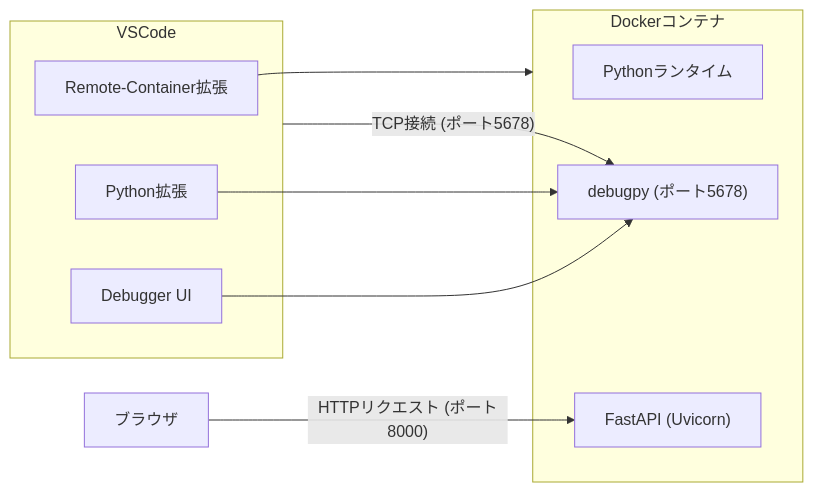
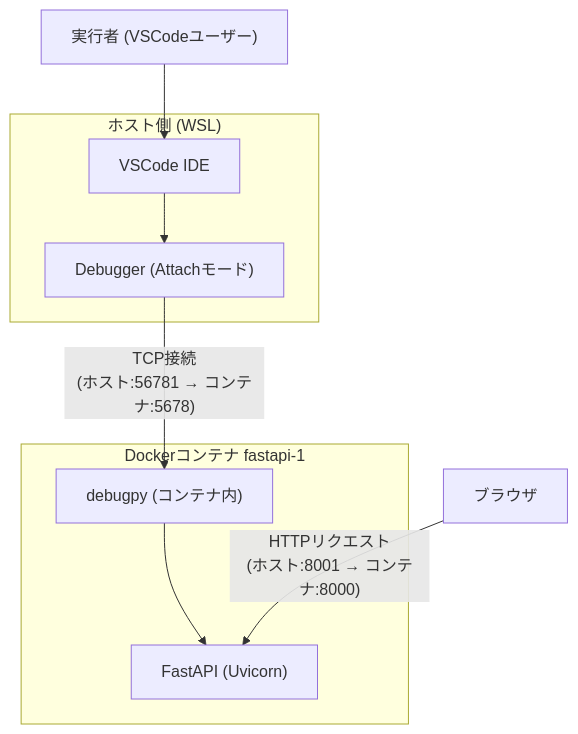
One commit to techtech-Fossa/fastapi_debug changed the diagram in README.md. Above: the diagram before and after it, drawn with Mermaid. The commit also changed other lines of this file and 27 other files, not shown here.

````diff
--- a/README.md
+++ b/README.md
@@ -112,21 +147,22 @@
 ```mermaid
 
-flowchart LR
-    subgraph VSCode
-        RC["Remote-Container拡張"]
-        PY["Python拡張"]
-        DBG["Debugger UI"]
+flowchart TD
+    Actor["実行者 (VSCodeユーザー)"] --> VSCode["VSCode IDE"]
+    VSCode --> DBG["Debugger (Attachモード)"]
+    DBG -->|"TCP接続<br>(ホスト:56781 → コンテナ:5678)"| DP["debugpy (コンテナ内)"]
+    DP --> FA["FastAPI (Uvicorn)"]
+
+    Browser["ブラウザ"] -->|"HTTPリクエスト<br>(ホスト:8001 → コンテナ:8000)"| FA
+
+    subgraph "ホスト側 (WSL)"
+        VSCode
+        DBG
     end
 
-    subgraph Dockerコンテナ
-        PYRT["Pythonランタイム"]
-        FA["FastAPI (Uvicorn)"]
-        DP["debugpy (ポート5678)"]
+    subgraph "Dockerコンテナ fastapi-1"
+        DP
+        FA
     end
 
-    Browser["ブラウザ"] --> |"HTTPリクエスト (ポート8000)"| FA
-    VSCode --> |"TCP接続 (ポート5678)"| DP
-    RC --> Dockerコンテナ
-    PY --> DP
-    DBG --> DP
+
 ```
````
